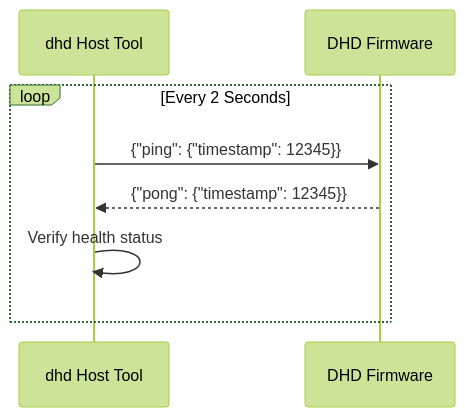
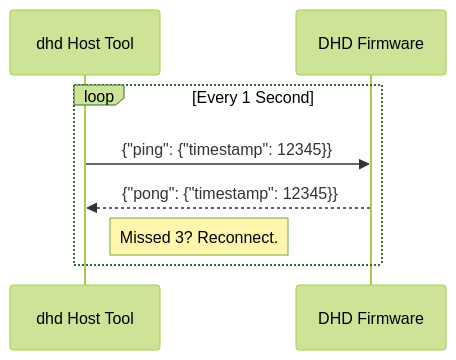
One commit to Xowap/dhd changed the second of 3 diagrams in doc/protocol.md. Above: the diagram before and after it, drawn with Mermaid (forest theme). The commit also changed other lines of this file and 3 other files, not shown here.

````diff
--- a/doc/protocol.md
+++ b/doc/protocol.md
@@ -74,11 +92,11 @@
 ```mermaid
 sequenceDiagram
     participant Host as dhd Host Tool
     participant Device as DHD Firmware
 
-    loop Every 2 Seconds
+    loop Every 1 Second
         Host->>Device: {"ping": {"timestamp": 12345}}
         Device-->>Host: {"pong": {"timestamp": 12345}}
-        Host->>Host: Verify health status
+        Note right of Host: Missed 3? Reconnect.
     end
 ```
````
